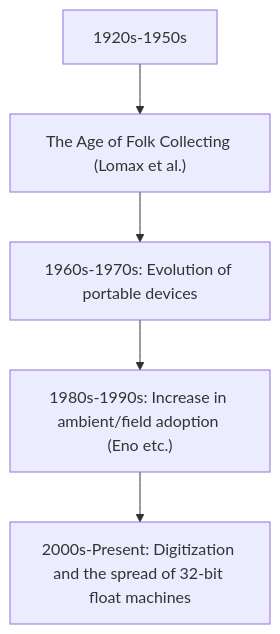
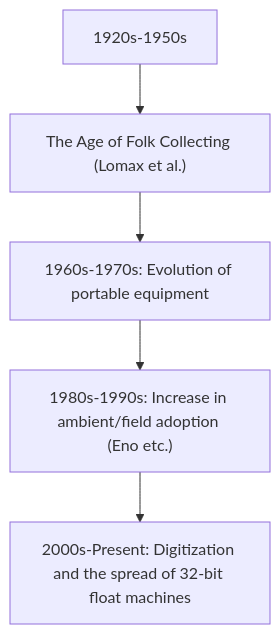
The diagram in en/_posts/2025-09-30-Column-Field-Recording.md (monumental-movement/monumental-movement.github.io), drawn with Mermaid before and after one commit. The commit also changed other lines of this file and 224 other files, not shown here.

```diff
--- a/en/_posts/2025-09-30-Column-Field-Recording.md
+++ b/en/_posts/2025-09-30-Column-Field-Recording.md
@@ -42,7 +42,7 @@
 <div class="mermaid">
 flowchart TD
   A["1920s-1950s"] --> B["The Age of Folk Collecting (Lomax et al.)"]
-  B --> C["1960s-1970s: Evolution of portable devices"]
+  B --> C["1960s-1970s: Evolution of portable equipment"]
   C --> D["1980s-1990s: Increase in ambient/field adoption (Eno etc.)"]
   D --> E["2000s-Present: Digitization and the spread of 32-bit float machines"]
 </div>
```
